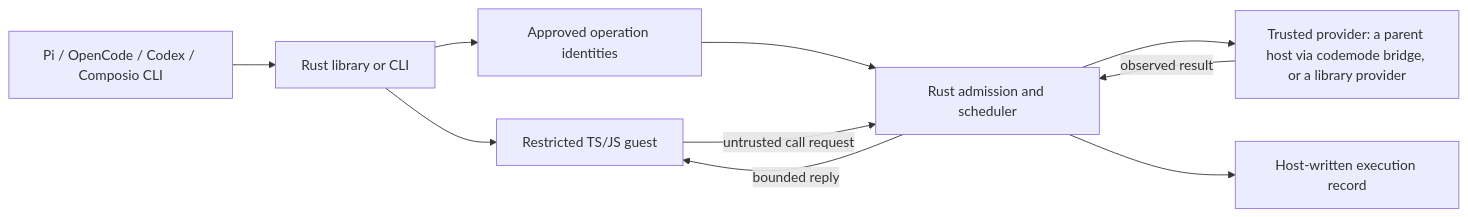
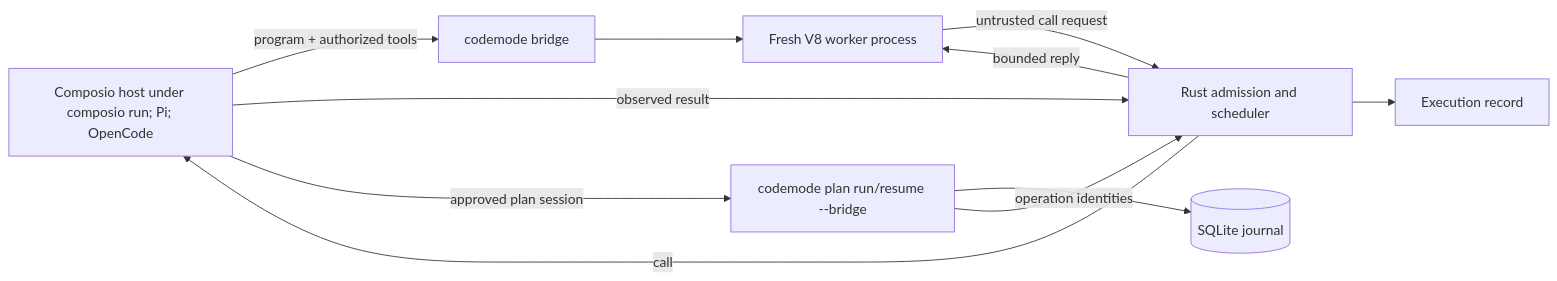
One commit to jkomyno/changelist changed the diagram in docs/design.md. Above: the diagram before and after it, drawn with Mermaid. The commit also changed other lines of this file and 11 other files, not shown here.

````diff
--- a/docs/design.md
+++ b/docs/design.md
@@ -8,12 +8,13 @@
 ```mermaid
 flowchart LR
-    Agent[Pi / OpenCode / Codex / Composio CLI] --> CLI[Rust library or CLI]
-    CLI --> Guest[Restricted TS/JS guest]
-    CLI --> Native[Approved operation identities]
-    Native --> Control
-    Guest -->|untrusted call request| Control[Rust admission and scheduler]
-    Control --> Provider[Trusted provider: a parent host via codemode bridge, or a library provider]
-    Provider -->|observed result| Control
-    Control -->|bounded reply| Guest
-    Control --> Trace[Host-written execution record]
+    Host[Composio host under composio run; Pi; OpenCode] -->|program + authorized tools| Bridge[codemode bridge]
+    Bridge --> Worker[Fresh V8 worker process]
+    Worker -->|untrusted call request| Control[Rust admission and scheduler]
+    Control -->|call| Host
+    Host -->|observed result| Control
+    Control -->|bounded reply| Worker
+    Control --> Trace[Execution record]
+    Host -->|approved plan session| Plan[codemode plan run/resume --bridge]
+    Plan --> Journal[(SQLite journal)]
+    Plan -->|operation identities| Control
 ```
````
